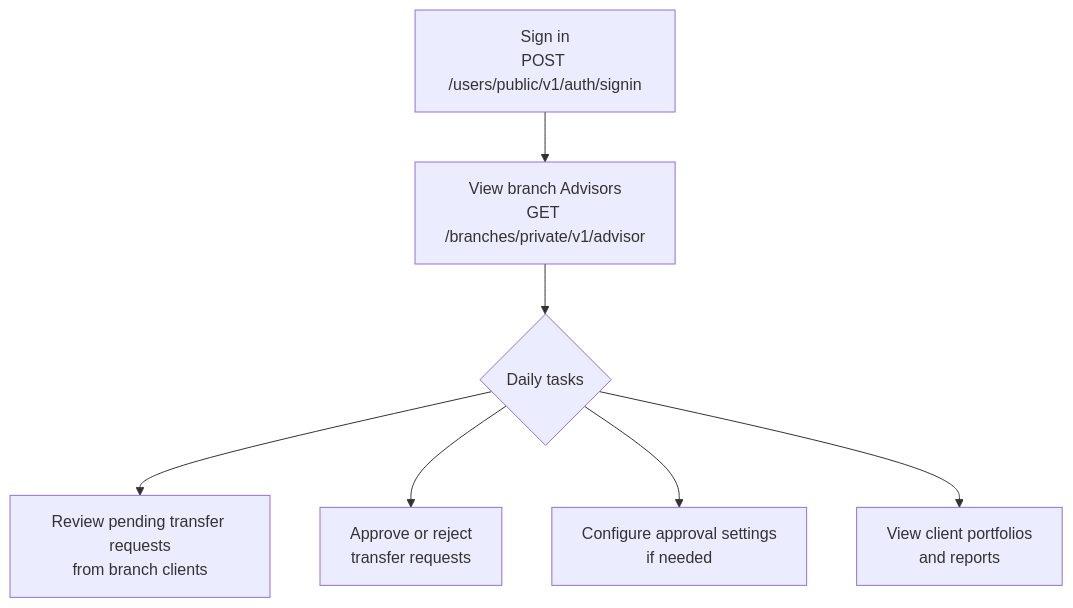
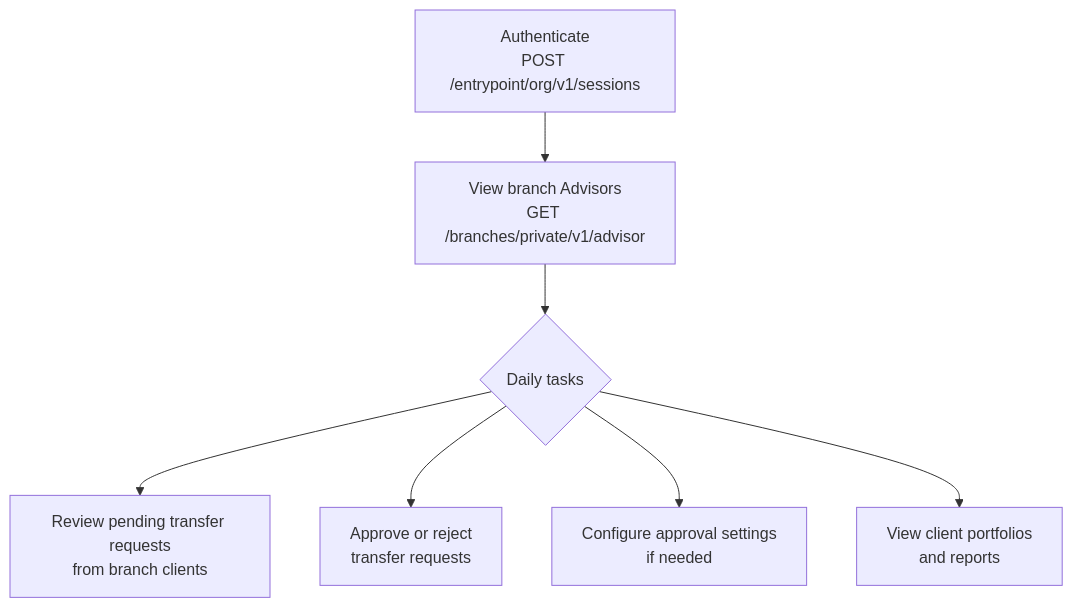
The first of 2 diagrams in docs/Getting Started/administration/branch-manager.md (skhan-cpu/readme-paid), drawn with Mermaid before and after one commit. The commit also changed other lines of this file and 4 other files, not shown here.

````diff
--- a/docs/Getting Started/administration/branch-manager.md
+++ b/docs/Getting Started/administration/branch-manager.md
@@ -25,12 +25,12 @@
 ```mermaid
 flowchart TD
-    A["Sign in\nPOST /users/public/v1/auth/signin"]
-    B["View branch Advisors\nGET /branches/private/v1/advisor"]
+    A["Authenticate<br/>POST /entrypoint/org/v1/sessions"]
+    B["View branch Advisors<br/>GET /branches/private/v1/advisor"]
     C{"Daily tasks"}
-    C --> D["Review pending transfer requests\nfrom branch clients"]
-    C --> E["Approve or reject\ntransfer requests"]
-    C --> F["Configure approval settings\nif needed"]
-    C --> G["View client portfolios\nand reports"]
+    C --> D["Review pending transfer requests<br/>from branch clients"]
+    C --> E["Approve or reject<br/>transfer requests"]
+    C --> F["Configure approval settings<br/>if needed"]
+    C --> G["View client portfolios<br/>and reports"]
 
     A --> B --> C
 ```
````
